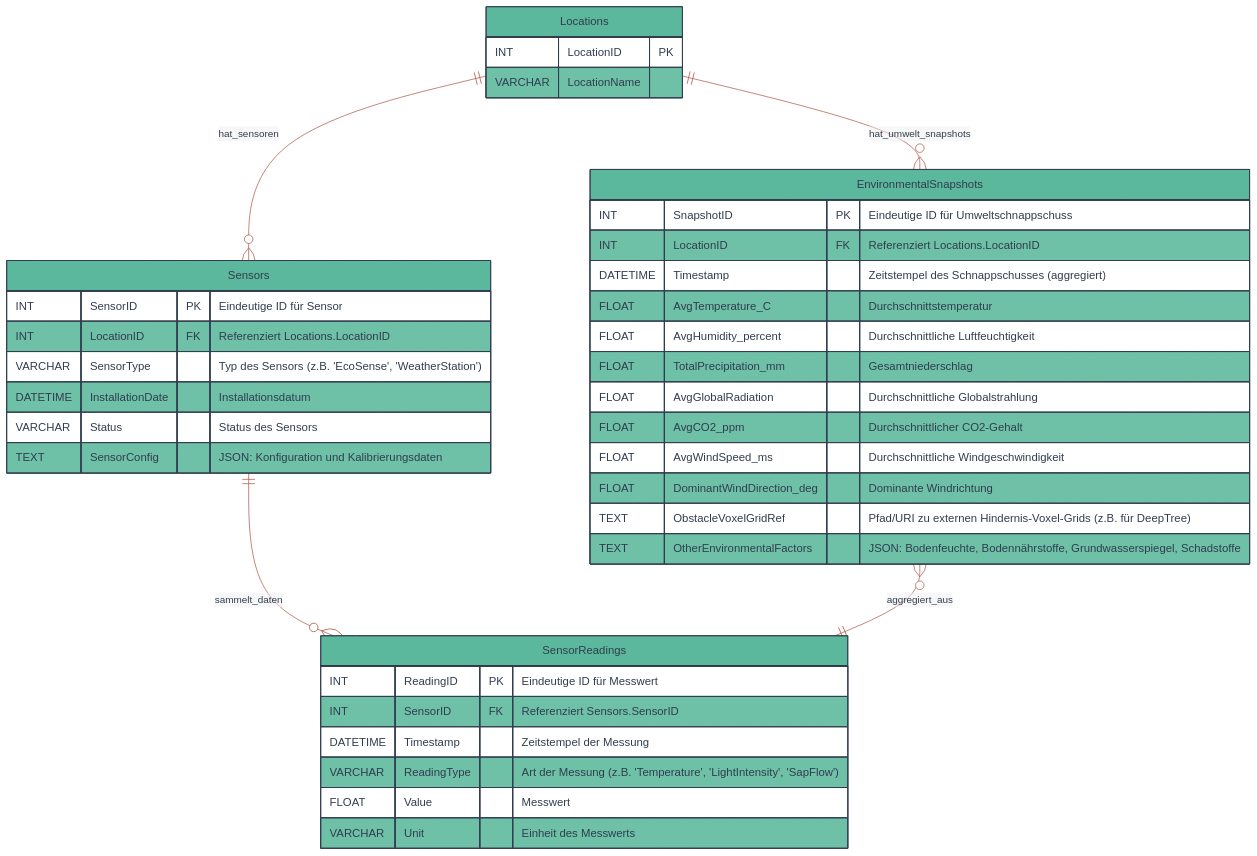
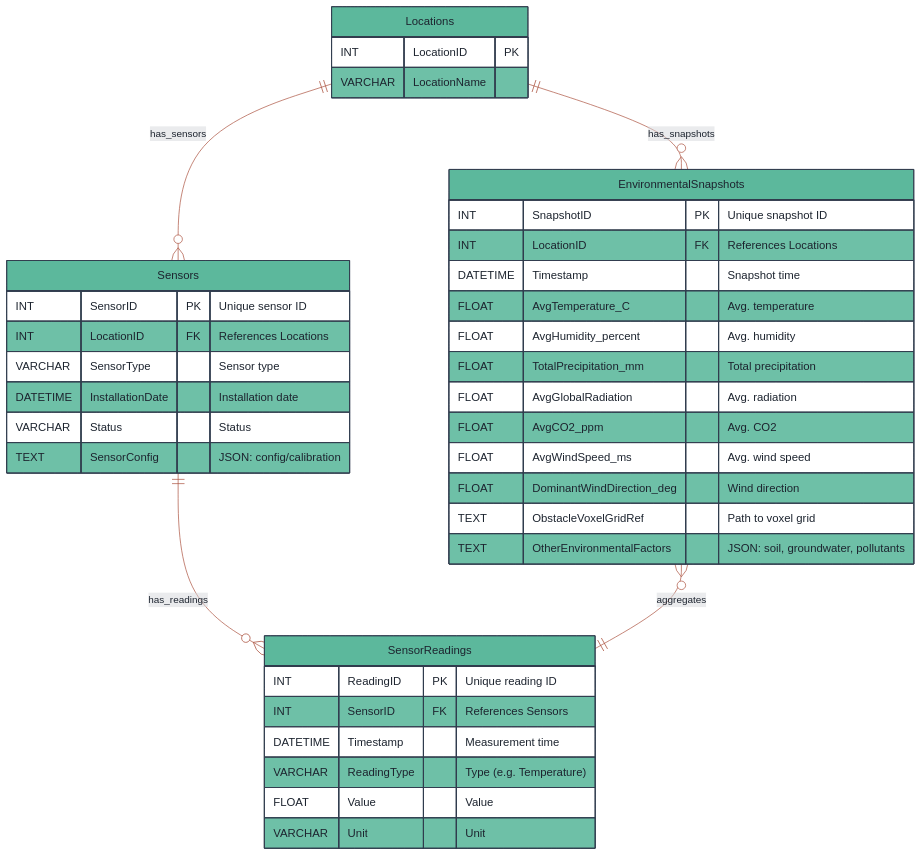
Before and after one commit to XRFutureForests/digital-twin-db: the third of 3 diagrams in docs/database_design.md, drawn with Mermaid. The commit also changed other lines of this file, not shown here.

````diff
--- a/docs/database_design.md
+++ b/docs/database_design.md
@@ -200,64 +326,64 @@
 ```mermaid
 %%{
   init: {
     'theme': 'base',
     'themeVariables': {
       'background': '#FFFFFF',
       'fontFamily': 'verdana',
       'lineColor': '#ad5643',
       'primaryColor': '#5cb89c',
-      'primaryTextColor': '#313d4f',
+      'primaryTextColor': '#1d242f',
       'primaryBorderColor': '#313d4f',
-      'secondaryColor': '#ad5643',
-      'secondaryTextColor': '#F0F0F0',
+      'secondaryColor': '#d6aaa1',
+      'secondaryTextColor': '#1d242f',
       'secondaryBorderColor': '#ad5643',
-      'tertiaryColor': '#F0F0F0',
-      'tertiaryTextColor': '#000000',
+      'tertiaryColor': '#d5d8db',
+      'tertiaryTextColor': '#1d242f',
       'tertiaryBorderColor': '#313d4f'
     }
   }
 }%%
 erDiagram
     Locations {
         INT LocationID PK
         VARCHAR LocationName
     }
 
     Sensors {
-        INT SensorID PK "Eindeutige ID für Sensor"
-        INT LocationID FK "Referenziert Locations.LocationID"
-        VARCHAR SensorType "Typ des Sensors (z.B. 'EcoSense', 'WeatherStation')"
-        DATETIME InstallationDate "Installationsdatum"
-        VARCHAR Status "Status des Sensors"
-        TEXT SensorConfig "JSON: Konfiguration und Kalibrierungsdaten"
+        INT SensorID PK "Unique sensor ID"
+        INT LocationID FK "References Locations"
+        VARCHAR SensorType "Sensor type"
+        DATETIME InstallationDate "Installation date"
+        VARCHAR Status "Status"
+        TEXT SensorConfig "JSON: config/calibration"
     }
 
     SensorReadings {
-        INT ReadingID PK "Eindeutige ID für Messwert"
-        INT SensorID FK "Referenziert Sensors.SensorID"
-        DATETIME Timestamp "Zeitstempel der Messung"
-        VARCHAR ReadingType "Art der Messung (z.B. 'Temperature', 'LightIntensity', 'SapFlow')"
-        FLOAT Value "Messwert"
-        VARCHAR Unit "Einheit des Messwerts"
+        INT ReadingID PK "Unique reading ID"
+        INT SensorID FK "References Sensors"
+        DATETIME Timestamp "Measurement time"
+        VARCHAR ReadingType "Type (e.g. Temperature)"
+        FLOAT Value "Value"
+        VARCHAR Unit "Unit"
     }
 
     EnvironmentalSnapshots {
-        INT SnapshotID PK "Eindeutige ID für Umweltschnappschuss"
-        INT LocationID FK "Referenziert Locations.LocationID"
-        DATETIME Timestamp "Zeitstempel des Schnappschusses (aggregiert)"
-        FLOAT AvgTemperature_C "Durchschnittstemperatur"
-        FLOAT AvgHumidity_percent "Durchschnittliche Luftfeuchtigkeit"
-        FLOAT TotalPrecipitation_mm "Gesamtniederschlag"
-        FLOAT AvgGlobalRadiation "Durchschnittliche Globalstrahlung"
-        FLOAT AvgCO2_ppm "Durchschnittlicher CO2-Gehalt"
-        FLOAT AvgWindSpeed_ms "Durchschnittliche Windgeschwindigkeit"
-        FLOAT DominantWindDirection_deg "Dominante Windrichtung"
-        TEXT ObstacleVoxelGridRef "Pfad/URI zu externen Hindernis-Voxel-Grids (z.B. für DeepTree)"
-        TEXT OtherEnvironmentalFactors "JSON: Bodenfeuchte, Bodennährstoffe, Grundwasserspiegel, Schadstoffe"
+        INT SnapshotID PK "Unique snapshot ID"
+        INT LocationID FK "References Locations"
+        DATETIME Timestamp "Snapshot time"
+        FLOAT AvgTemperature_C "Avg. temperature"
+        FLOAT AvgHumidity_percent "Avg. humidity"
+        FLOAT TotalPrecipitation_mm "Total precipitation"
+        FLOAT AvgGlobalRadiation "Avg. radiation"
+        FLOAT AvgCO2_ppm "Avg. CO2"
+        FLOAT AvgWindSpeed_ms "Avg. wind speed"
+        FLOAT DominantWindDirection_deg "Wind direction"
+        TEXT ObstacleVoxelGridRef "Path to voxel grid"
+        TEXT OtherEnvironmentalFactors "JSON: soil, groundwater, pollutants"
     }
 
-    Locations ||--o{ Sensors : hat_sensoren
-    Sensors ||--o{ SensorReadings : sammelt_daten
-    Locations ||--o{ EnvironmentalSnapshots : hat_umwelt_snapshots
-    EnvironmentalSnapshots }o--|| SensorReadings : aggregiert_aus
+    Locations ||--o{ Sensors : has_sensors
+    Sensors ||--o{ SensorReadings : has_readings
+    Locations ||--o{ EnvironmentalSnapshots : has_snapshots
+    EnvironmentalSnapshots }o--|| SensorReadings : aggregates
 ```
````
